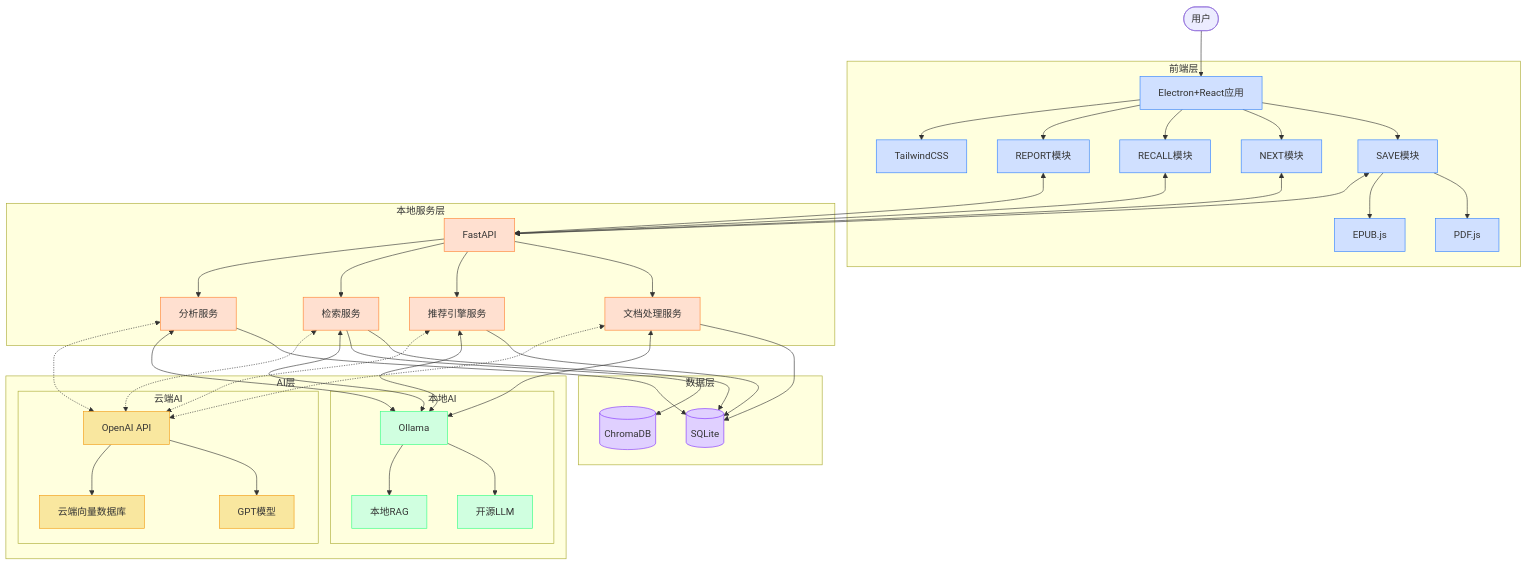
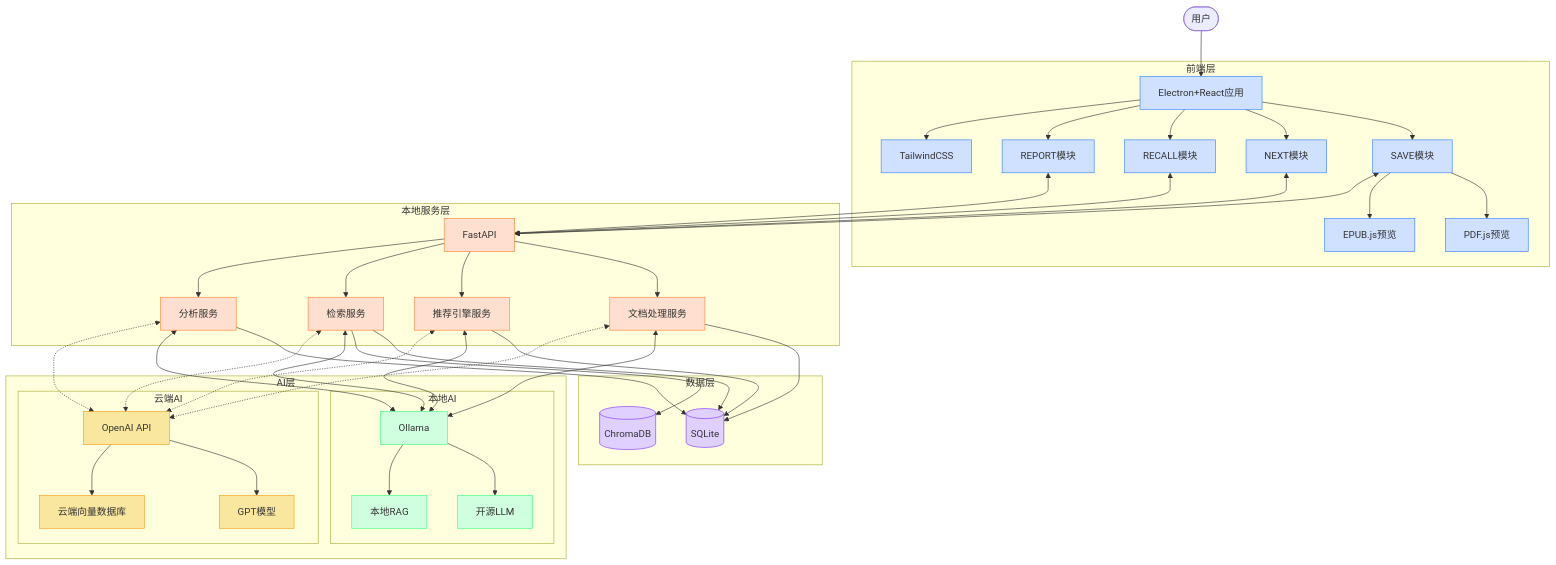
Before and after one commit to EnigmaWU/MyLLM_Arena: the second of 19 diagrams in MyStartups/NextBook/README.md, drawn with Mermaid. The commit also changed other lines of this file, not shown here.

````diff
--- a/MyStartups/NextBook/README.md
+++ b/MyStartups/NextBook/README.md
@@ -203,70 +204,70 @@
 ```mermaid
 flowchart TD
     User([用户]) --> UI[Electron+React应用]
     
     subgraph "前端层"
         UI --> SaveUI[SAVE模块]
         UI --> NextUI[NEXT模块]
         UI --> RecallUI[RECALL模块]
         UI --> ReportUI[REPORT模块]
         
-        SaveUI --> PDF[PDF.js]
-        SaveUI --> EPUB[EPUB.js]
+        SaveUI --> PDFViewer[PDF.js预览]
+        SaveUI --> EPUBViewer[EPUB.js预览]
         UI --> TW[TailwindCSS]
     end
     
     subgraph "本地服务层"
         API[FastAPI] --> DocProcess[文档处理服务]
         API --> RecommendEngine[推荐引擎服务]
         API --> SearchService[检索服务]
         API --> AnalyticsService[分析服务]
     end
     
     subgraph "数据层"
         DocProcess --> SQLite[(SQLite)]
         RecommendEngine --> SQLite
         SearchService --> SQLite
         AnalyticsService --> SQLite
         SearchService --> VectorDB[(ChromaDB)]
     end
     
     subgraph "AI层"
         subgraph "本地AI"
             LocalAI[Ollama] --> LocalLLM[开源LLM]
             LocalAI --> LocalRAG[本地RAG]
         end
         
         subgraph "云端AI"
             style CloudAI fill:#f9e79f,stroke:#f39c12
             CloudAI[OpenAI API] --> CloudLLM[GPT模型]
             CloudAI --> CloudVectorDB[云端向量数据库]
         end
     end
     
     SaveUI <--> API
     NextUI <--> API
     RecallUI <--> API
     ReportUI <--> API
     
     DocProcess <--> LocalAI
     RecommendEngine <--> LocalAI
     SearchService <--> LocalAI
     AnalyticsService <--> LocalAI
     
     DocProcess <-.-> CloudAI
     RecommendEngine <-.-> CloudAI
     SearchService <-.-> CloudAI
     AnalyticsService <-.-> CloudAI
     
     classDef frontend fill:#d0e0ff,stroke:#3080ff
     classDef backend fill:#ffe0d0,stroke:#ff8030
     classDef data fill:#e0d0ff,stroke:#8030ff
     classDef localai fill:#d0ffe0,stroke:#30ff80
     classDef cloudai fill:#f9e79f,stroke:#f39c12
     
-    class UI,SaveUI,NextUI,RecallUI,ReportUI,PDF,EPUB,TW frontend
+    class UI,SaveUI,NextUI,RecallUI,ReportUI,PDFViewer,EPUBViewer,TW frontend
     class API,DocProcess,RecommendEngine,SearchService,AnalyticsService backend
     class SQLite,VectorDB data
     class LocalAI,LocalLLM,LocalRAG localai
     class CloudAI,CloudLLM,CloudVectorDB cloudai
 ```
````
